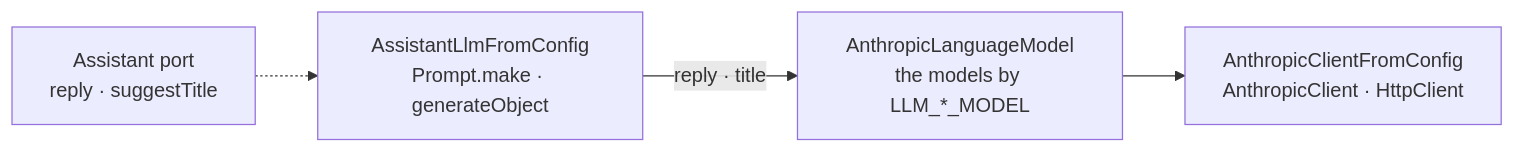
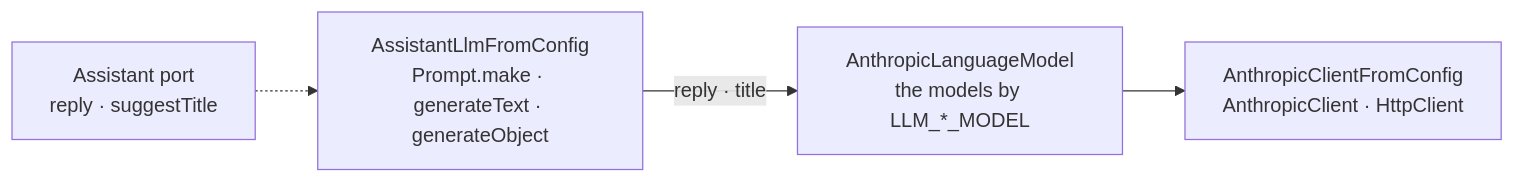
Before and after one commit to khotei/app-template: the diagram in docs/knowledge/ai.md, drawn with Mermaid. The commit also changed other lines of this file and 3 other files, not shown here.

````diff
--- a/docs/knowledge/ai.md
+++ b/docs/knowledge/ai.md
@@ -19,6 +19,6 @@
 ```mermaid
 graph LR
-  P["Assistant port<br/>reply · suggestTitle"] -.-> L["AssistantLlmFromConfig<br/>Prompt.make · generateObject"]
+  P["Assistant port<br/>reply · suggestTitle"] -.-> L["AssistantLlmFromConfig<br/>Prompt.make · generateText · generateObject"]
   L -->|"reply · title"| A["AnthropicLanguageModel<br/>the models by LLM_*_MODEL"]
   A --> K["AnthropicClientFromConfig<br/>AnthropicClient · HttpClient"]
 ```
````
